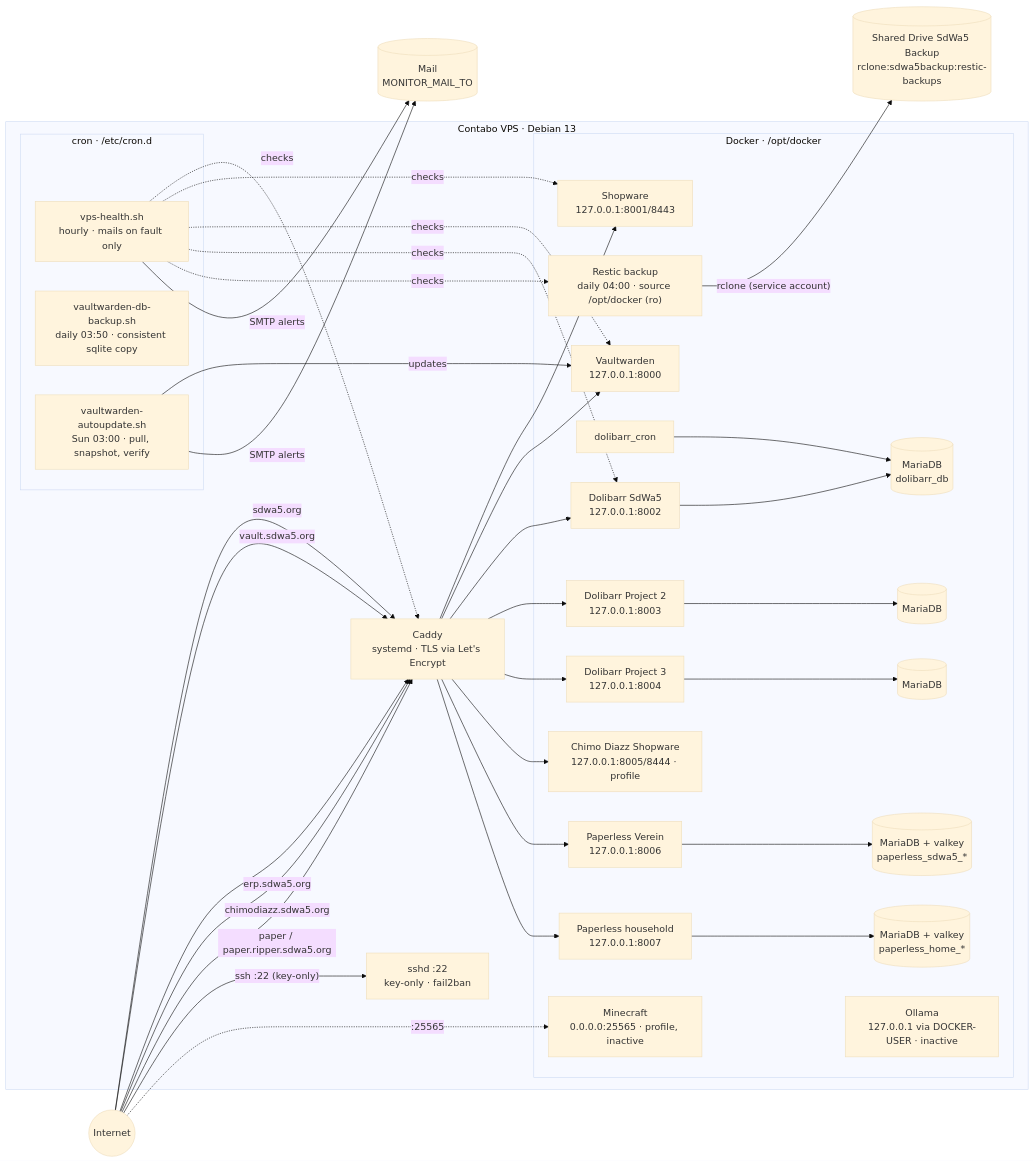
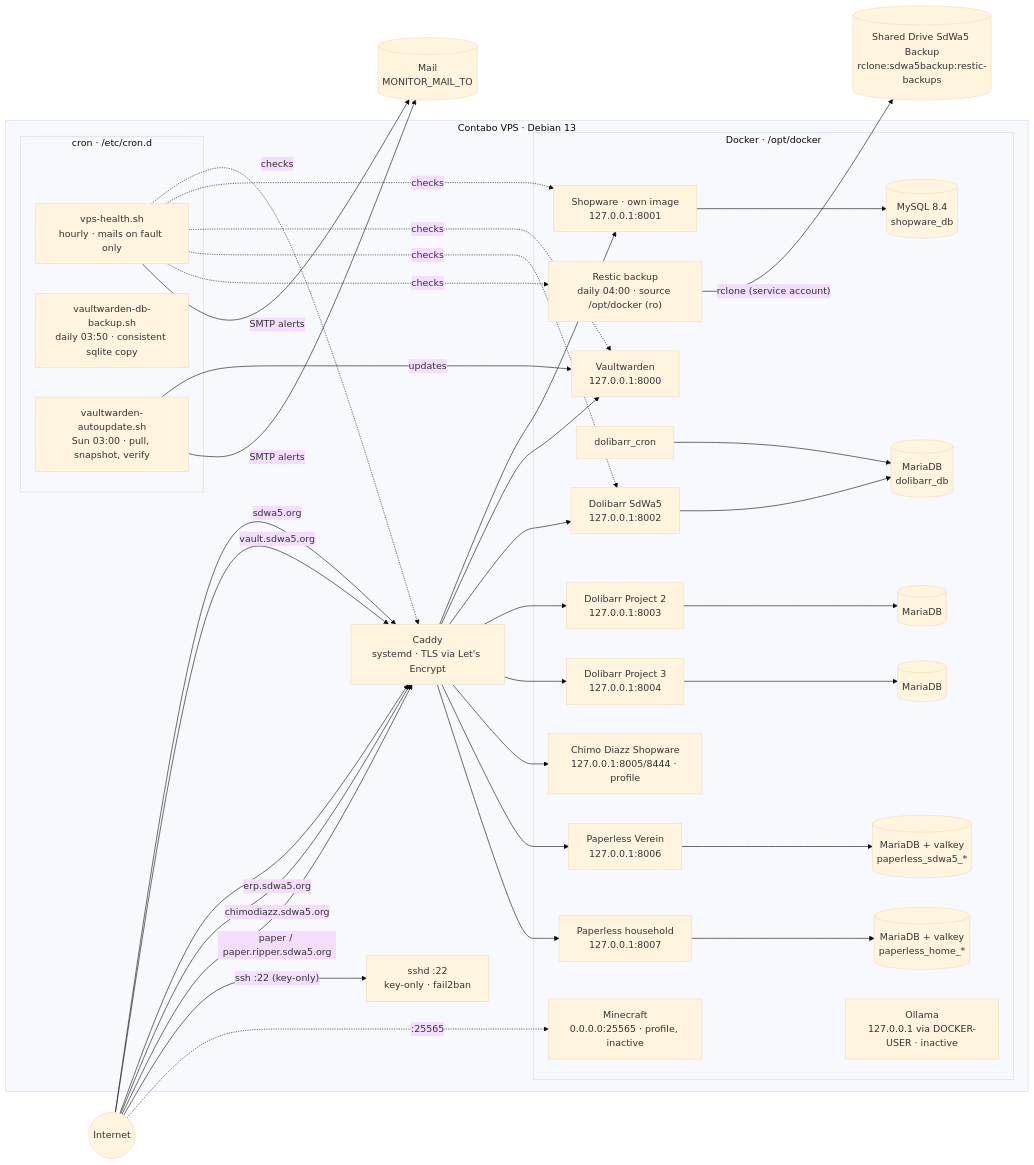
The diagram in docs/infrastructure.md (SdWa5/vps), drawn with Mermaid (base theme) before and after one commit. The commit also changed other lines of this file and 57 other files, not shown here.

First line of the commit message:
feature/shopware-image SdWa5/vps 1.99.0

````diff
--- a/docs/infrastructure.md
+++ b/docs/infrastructure.md
@@ -7,59 +7,61 @@
 ```mermaid
 flowchart LR
     U((Internet))
 
     subgraph vps ["Contabo VPS · Debian 13"]
         C["Caddy<br/>systemd · TLS via Let's Encrypt"]
 
         subgraph docker ["Docker · /opt/docker"]
-            SW["Shopware<br/>127.0.0.1:8001/8443"]
+            SW["Shopware · own image<br/>127.0.0.1:8001"]
+            SWDB[("MySQL 8.4<br/>shopware_db")]
             VW["Vaultwarden<br/>127.0.0.1:8000"]
             DL["Dolibarr SdWa5<br/>127.0.0.1:8002"]
             DLC["dolibarr_cron"]
             DLDB[("MariaDB<br/>dolibarr_db")]
             P2["Dolibarr Project 2<br/>127.0.0.1:8003"]
             P2DB[("MariaDB")]
             P3["Dolibarr Project 3<br/>127.0.0.1:8004"]
             CDW["Chimo Diazz Shopware<br/>127.0.0.1:8005/8444 · profile"]
             P3DB[("MariaDB")]
             PL["Paperless Verein<br/>127.0.0.1:8006"]
             PLDB[("MariaDB + valkey<br/>paperless_sdwa5_*")]
             PH["Paperless household<br/>127.0.0.1:8007"]
             PHDB[("MariaDB + valkey<br/>paperless_home_*")]
             OL["Ollama<br/>127.0.0.1 via DOCKER-USER · inactive"]
             MC["Minecraft<br/>0.0.0.0:25565 · profile, inactive"]
             RS["Restic backup<br/>daily 04:00 · source /opt/docker (ro)"]
         end
 
         subgraph cron ["cron · /etc/cron.d"]
             HC["vps-health.sh<br/>hourly · mails on fault only"]
             DB["vaultwarden-db-backup.sh<br/>daily 03:50 · consistent sqlite copy"]
             AU["vaultwarden-autoupdate.sh<br/>Sun 03:00 · pull, snapshot, verify"]
         end
 
         SSHD["sshd :22<br/>key-only · fail2ban"]
     end
 
     GD[("Shared Drive SdWa5 Backup<br/>rclone:sdwa5backup:restic-backups")]
     U -- " sdwa5.org " --> C
     U -- " vault.sdwa5.org " --> C
     U -- " erp.sdwa5.org " --> C
     U -- " chimodiazz.sdwa5.org " --> C
     U -- " paper / paper.ripper.sdwa5.org " --> C
     U -- " ssh :22 (key-only) " --> SSHD
     U -. " :25565 " .-> MC
     C --> SW & VW & DL
     C --> P2 & P3
     C --> CDW
     C --> PL & PH
+    SW --> SWDB
     PL --> PLDB
     PH --> PHDB
     DL --> DLDB
     DLC --> DLDB
     P2 --> P2DB
     P3 --> P3DB
     RS -- " rclone (service account) " --> GD
     HC -. " checks " .-> C & SW & VW & DL & RS
     AU -- " updates " --> VW
     HC & AU -- " SMTP alerts " --> MB[("Mail<br/>MONITOR_MAIL_TO")]
 ```
````
